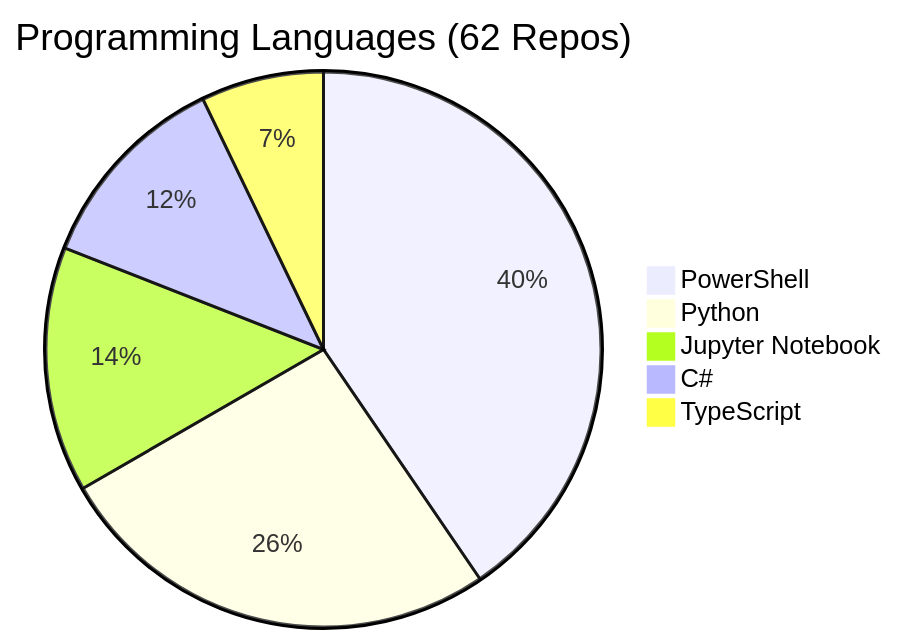
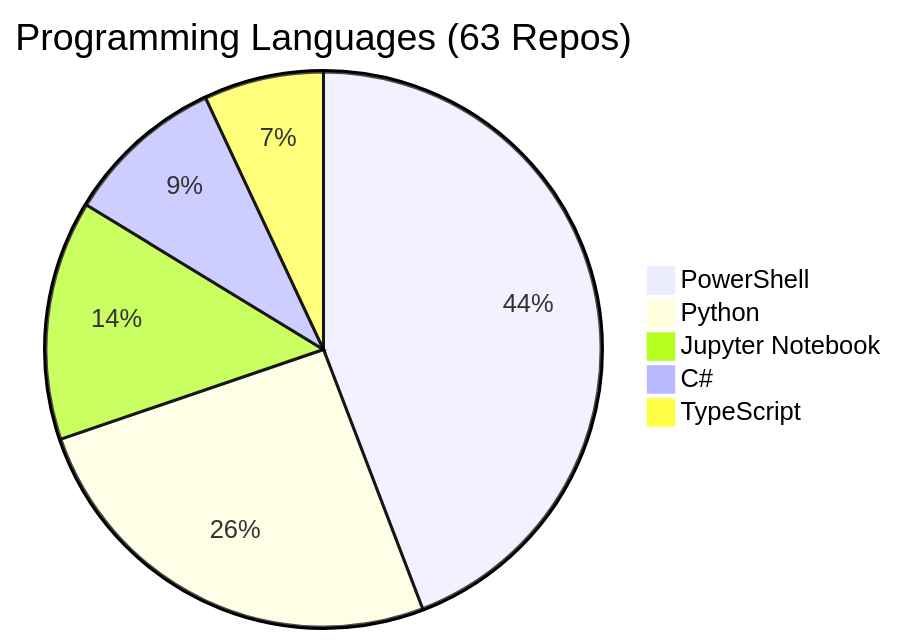
One commit to fabioc-aloha/fabioc-aloha changed the diagram in REPOS.md. Above: the diagram before and after it, drawn with Mermaid. The commit also changed other lines of this file and 1 other file, not shown here.

````diff
--- a/REPOS.md
+++ b/REPOS.md
@@ -105,8 +106,8 @@
 ```mermaid
-pie title Programming Languages (62 Repos)
-    "PowerShell" : 17
+pie title Programming Languages (63 Repos)
+    "PowerShell" : 19
     "Python" : 11
     "Jupyter Notebook" : 6
-    "C#" : 5
+    "C#" : 4
     "TypeScript" : 3
 ```
````
